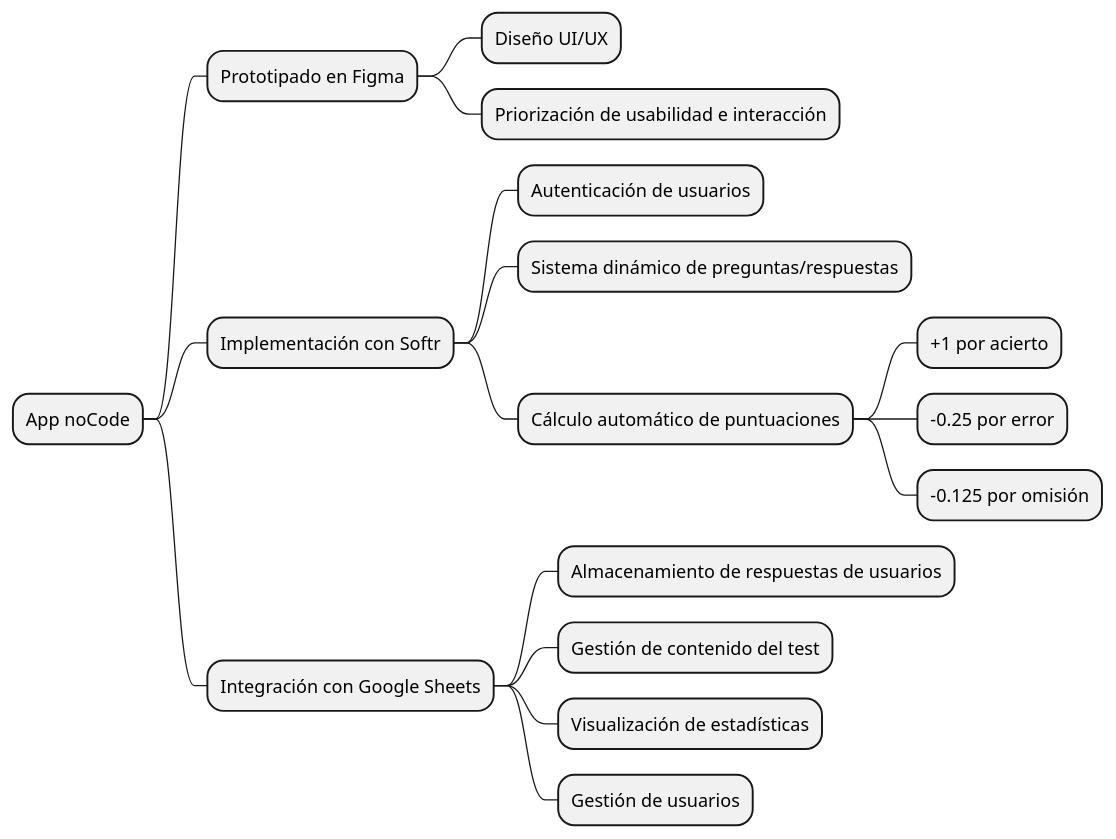
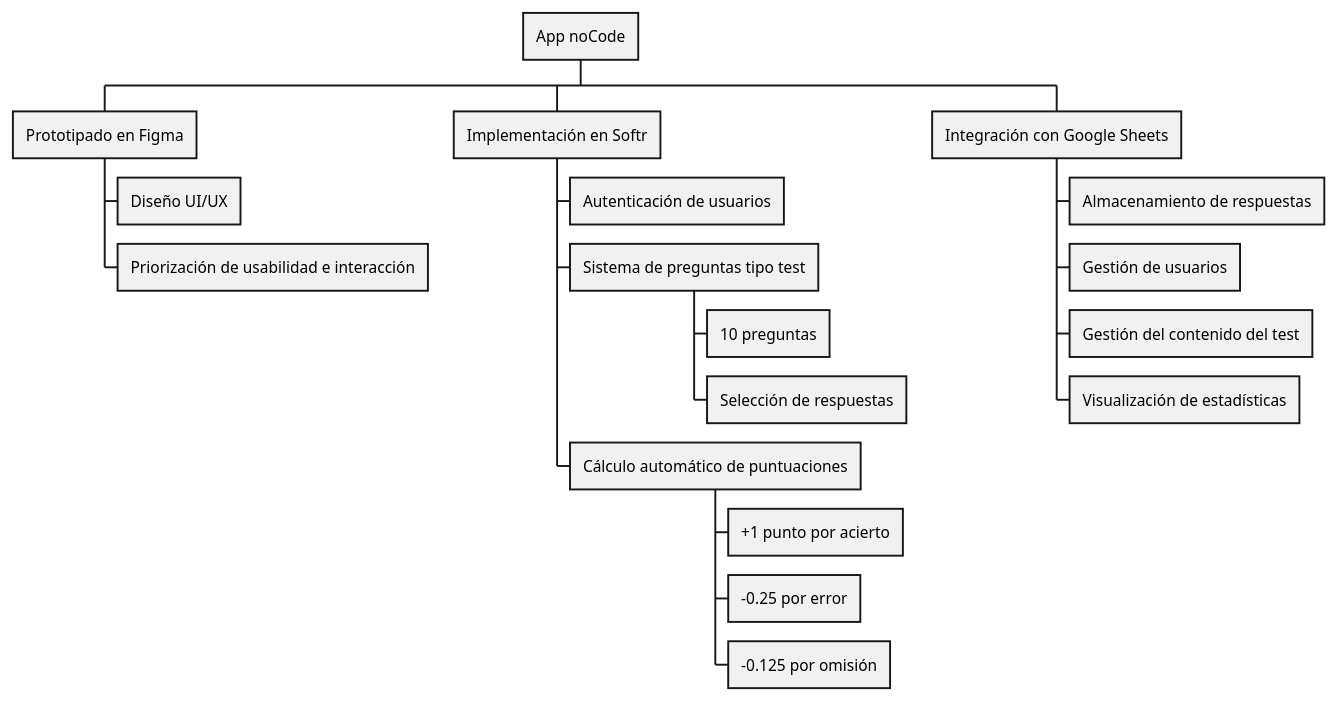
The diagram in src/diagrama.puml (lostal/Trabajos-DSI), drawn with PlantUML before and after one commit. The commit also changed 1 other file, not shown here.

Commit message:
actualizar diagrama

```diff
--- a/src/diagrama.puml
+++ b/src/diagrama.puml
@@ -1,18 +1,20 @@
-@startmindmap
+@startwbs
 * App noCode
 ** Prototipado en Figma
 *** Diseño UI/UX
 *** Priorización de usabilidad e interacción
-** Implementación con Softr
+** Implementación en Softr
 *** Autenticación de usuarios
-*** Sistema dinámico de preguntas/respuestas
+*** Sistema de preguntas tipo test
+**** 10 preguntas
+**** Selección de respuestas
 *** Cálculo automático de puntuaciones
-**** +1 por acierto
+**** +1 punto por acierto
 **** -0.25 por error
 **** -0.125 por omisión
 ** Integración con Google Sheets
-*** Almacenamiento de respuestas de usuarios
-*** Gestión de contenido del test
+*** Almacenamiento de respuestas
+*** Gestión de usuarios
+*** Gestión del contenido del test
 *** Visualización de estadísticas
-*** Gestión de usuarios
-@endmindmap
+@endwbs
```
